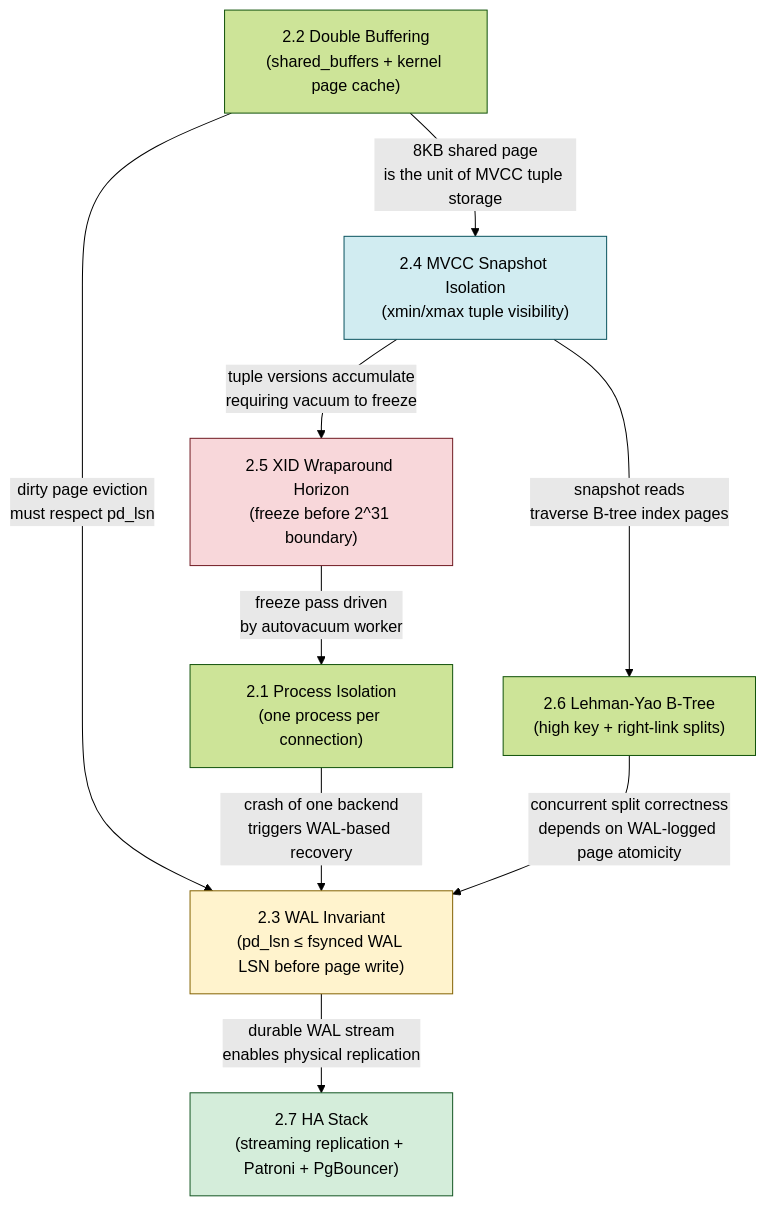
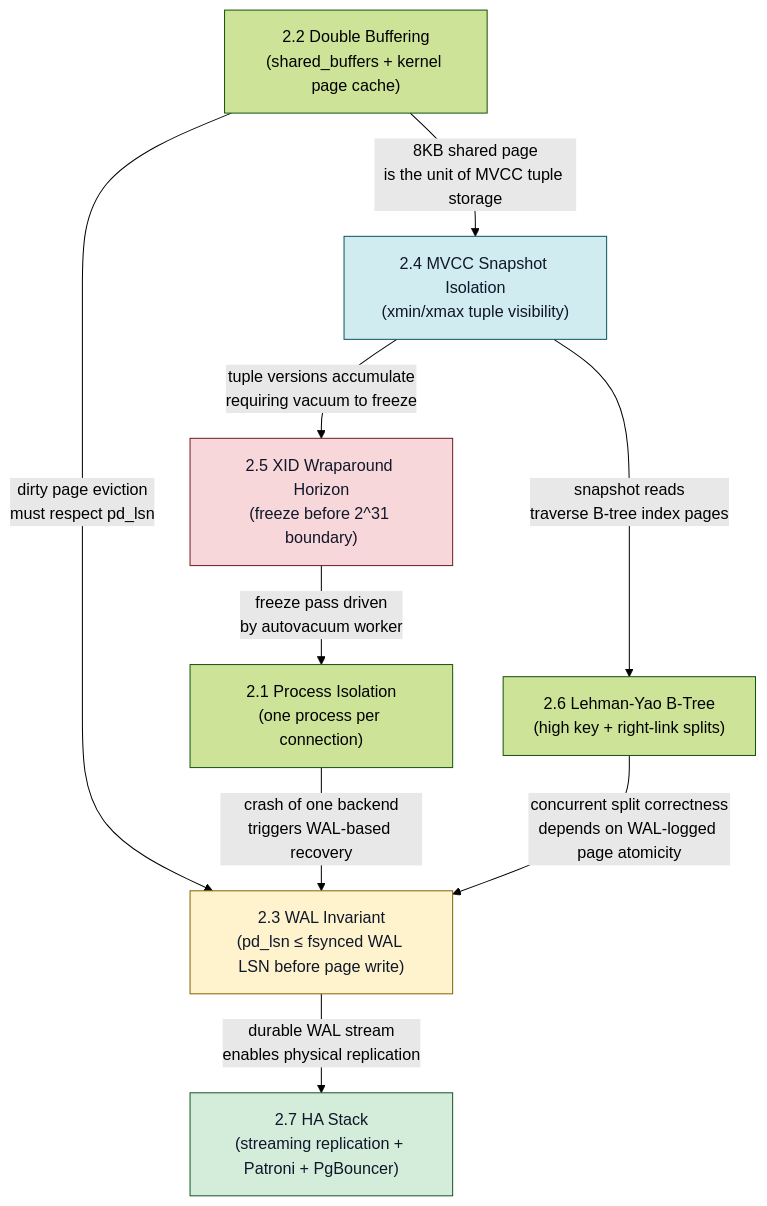
The eighth of 8 diagrams in topics/computing/data/postgresql/lesson_06_curriculum_summary.md (blebleblee/synapse), drawn with Mermaid (forest theme) before and after one commit. The commit also changed other lines of this file and 1464 other files, not shown here.

Commit message:
feat(release): curriculum vector mermaid upgrade, render hardening, and master synpack

````diff
--- a/topics/computing/data/postgresql/lesson_06_curriculum_summary.md
+++ b/topics/computing/data/postgresql/lesson_06_curriculum_summary.md
@@ -504,24 +504,24 @@
 ```mermaid
 graph TD
     PROC["2.1 Process Isolation\n(one process per connection)"]
     DBUF["2.2 Double Buffering\n(shared_buffers + kernel page cache)"]
     WAL["2.3 WAL Invariant\n(pd_lsn ≤ fsynced WAL LSN before page write)"]
     MVCC["2.4 MVCC Snapshot Isolation\n(xmin/xmax tuple visibility)"]
     WRAP["2.5 XID Wraparound Horizon\n(freeze before 2^31 boundary)"]
     BTREE["2.6 Lehman-Yao B-Tree\n(high key + right-link splits)"]
     HA["2.7 HA Stack\n(streaming replication + Patroni + PgBouncer)"]
 
     PROC -->|"crash of one backend\ntriggers WAL-based recovery"| WAL
     DBUF -->|"dirty page eviction\nmust respect pd_lsn"| WAL
     WAL -->|"durable WAL stream\nenables physical replication"| HA
     MVCC -->|"tuple versions accumulate\nrequiring vacuum to freeze"| WRAP
     WRAP -->|"freeze pass driven\nby autovacuum worker"| PROC
     BTREE -->|"concurrent split correctness\ndepends on WAL-logged page atomicity"| WAL
     DBUF -->|"8KB shared page\nis the unit of MVCC tuple storage"| MVCC
     MVCC -->|"snapshot reads\ntraverse B-tree index pages"| BTREE
 
-    style WAL fill:#fff3cd,stroke:#856404
-    style MVCC fill:#d1ecf1,stroke:#0c5460
-    style WRAP fill:#f8d7da,stroke:#721c24
-    style HA fill:#d4edda,stroke:#155724
+    style WAL fill:#fff3cd,stroke:#856404,color:#0f172a
+    style MVCC fill:#d1ecf1,stroke:#0c5460,color:#0f172a
+    style WRAP fill:#f8d7da,stroke:#721c24,color:#0f172a
+    style HA fill:#d4edda,stroke:#155724,color:#0f172a
 ```
````
